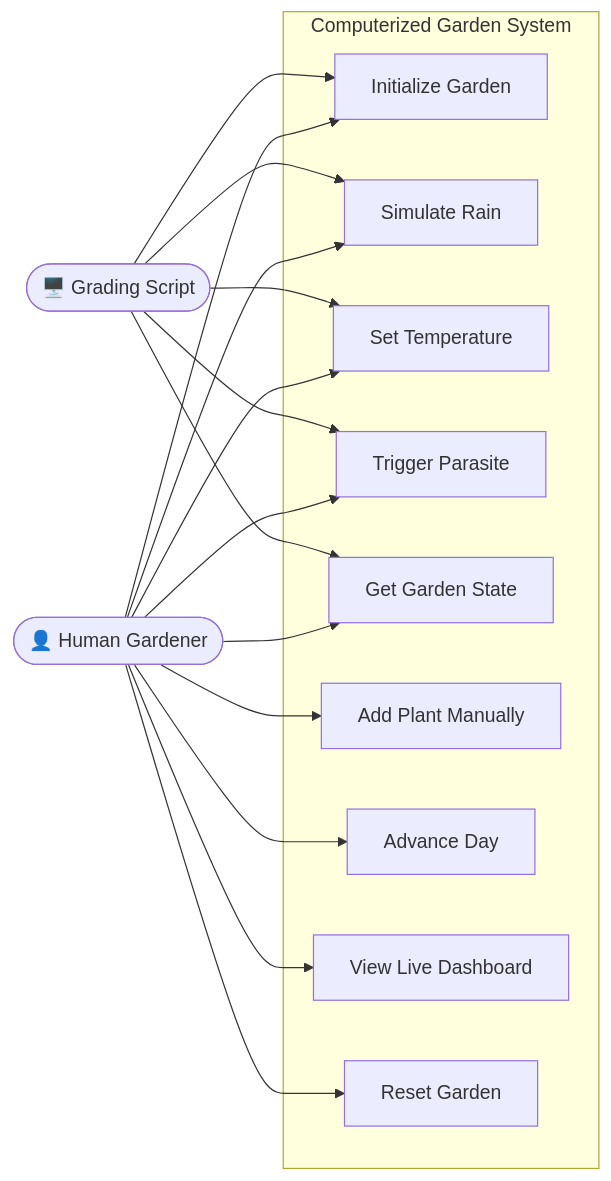
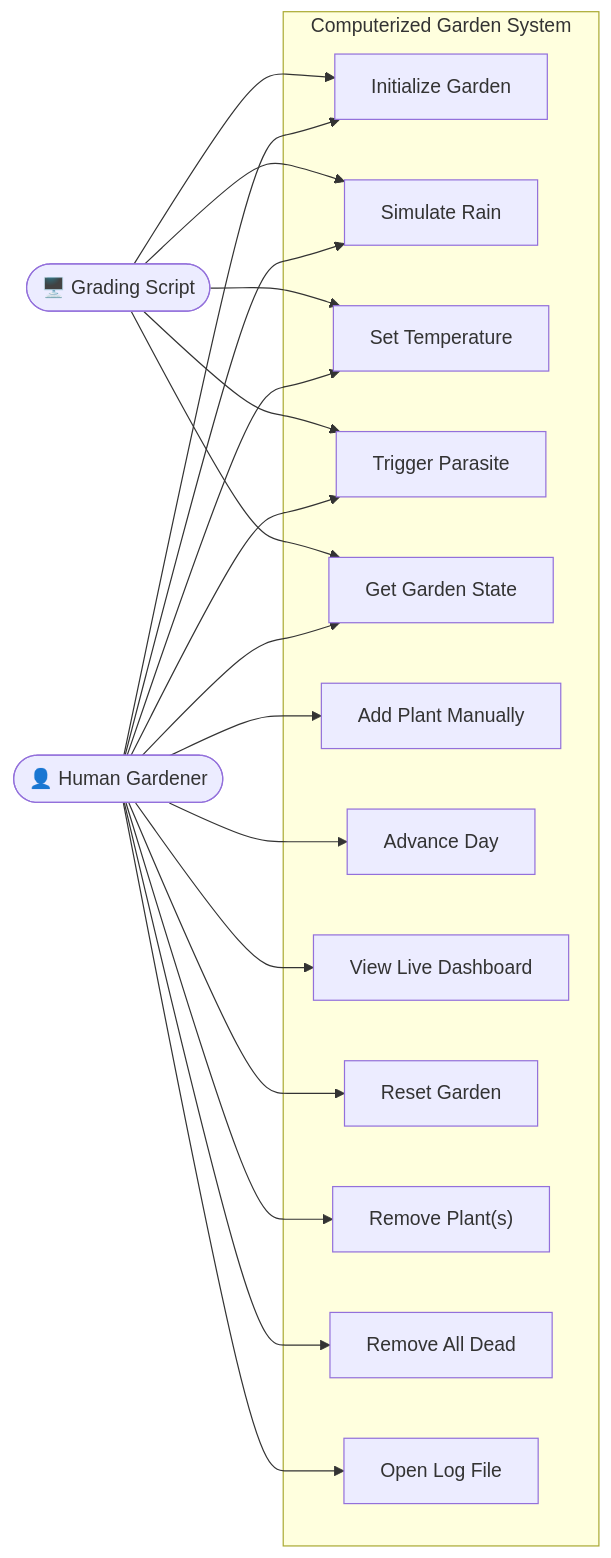
One commit to jasonmayg/garden-simulation changed the third of 8 diagrams in docs/UML.md. Above: the diagram before and after it, drawn with Mermaid. The commit also changed other lines of this file and 4 other files, not shown here.

First line of the commit message:
Update docs for plant removal, board slots, and new diagrams

````diff
--- a/docs/UML.md
+++ b/docs/UML.md
@@ -222,33 +252,39 @@
 ```mermaid
 flowchart LR
     GS(["🖥️ Grading Script"])
     HG(["👤 Human Gardener"])
 
     subgraph System ["Computerized Garden System"]
         UC1["Initialize Garden"]
         UC2["Simulate Rain"]
         UC3["Set Temperature"]
         UC4["Trigger Parasite"]
         UC5["Get Garden State"]
         UC6["Add Plant Manually"]
         UC7["Advance Day"]
         UC8["View Live Dashboard"]
         UC9["Reset Garden"]
+        UC10["Remove Plant(s)"]
+        UC11["Remove All Dead"]
+        UC12["Open Log File"]
     end
 
     GS --> UC1
     GS --> UC2
     GS --> UC3
     GS --> UC4
     GS --> UC5
 
     HG --> UC1
     HG --> UC2
     HG --> UC3
     HG --> UC4
     HG --> UC5
     HG --> UC6
     HG --> UC7
     HG --> UC8
     HG --> UC9
+    HG --> UC10
+    HG --> UC11
+    HG --> UC12
 ```
````
